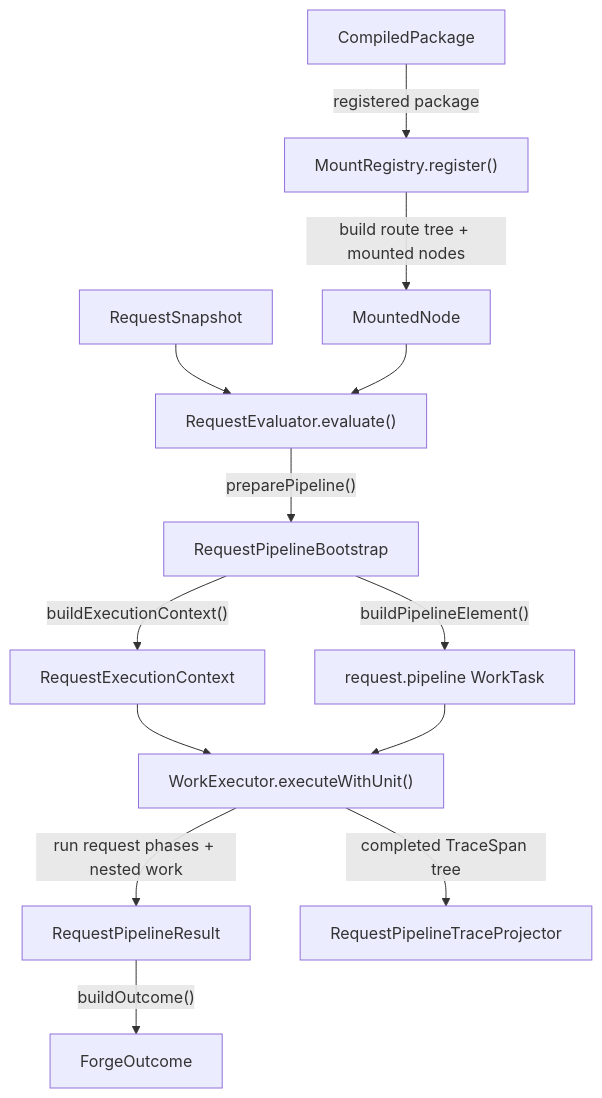
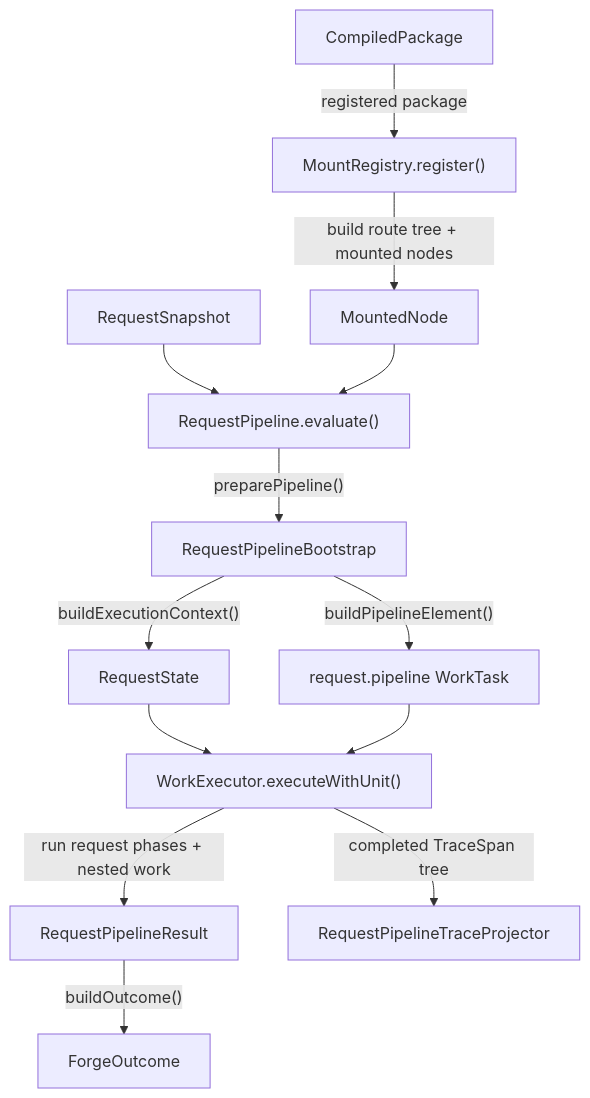
The first of 2 diagrams in packages/forge-core/src/engine/runtime/README.md (ministryofjustice/hmpps-forge), drawn with Mermaid before and after one commit. The commit also changed other lines of this file and 170 other files, not shown here.

Commit message:
Unify tracing and execution of work across compilation and runtime

````diff
--- a/packages/forge-core/src/engine/runtime/README.md
+++ b/packages/forge-core/src/engine/runtime/README.md
@@ -97,15 +97,15 @@
 ```mermaid
 flowchart TD
   compiled["CompiledPackage"] -->|"registered package"| mount["MountRegistry.register()"]
   mount -->|"build route tree + mounted nodes"| mounted["MountedNode"]
-  request["RequestSnapshot"] --> runtime["RequestEvaluator.evaluate()"]
+  request["RequestSnapshot"] --> runtime["RequestPipeline.evaluate()"]
   mounted --> runtime
   runtime -->|"preparePipeline()"| bootstrap["RequestPipelineBootstrap"]
-  bootstrap -->|"buildExecutionContext()"| requestContext["RequestExecutionContext"]
+  bootstrap -->|"buildExecutionContext()"| requestContext["RequestState"]
   bootstrap -->|"buildPipelineElement()"| pipelineTask["request.pipeline WorkTask"]
   requestContext --> executor["WorkExecutor.executeWithUnit()"]
   pipelineTask --> executor
   executor -->|"run request phases + nested work"| pipelineResult["RequestPipelineResult"]
   executor -->|"completed TraceSpan tree"| trace["RequestPipelineTraceProjector"]
   pipelineResult -->|"buildOutcome()"| outcome["ForgeOutcome"]
 ```
````
